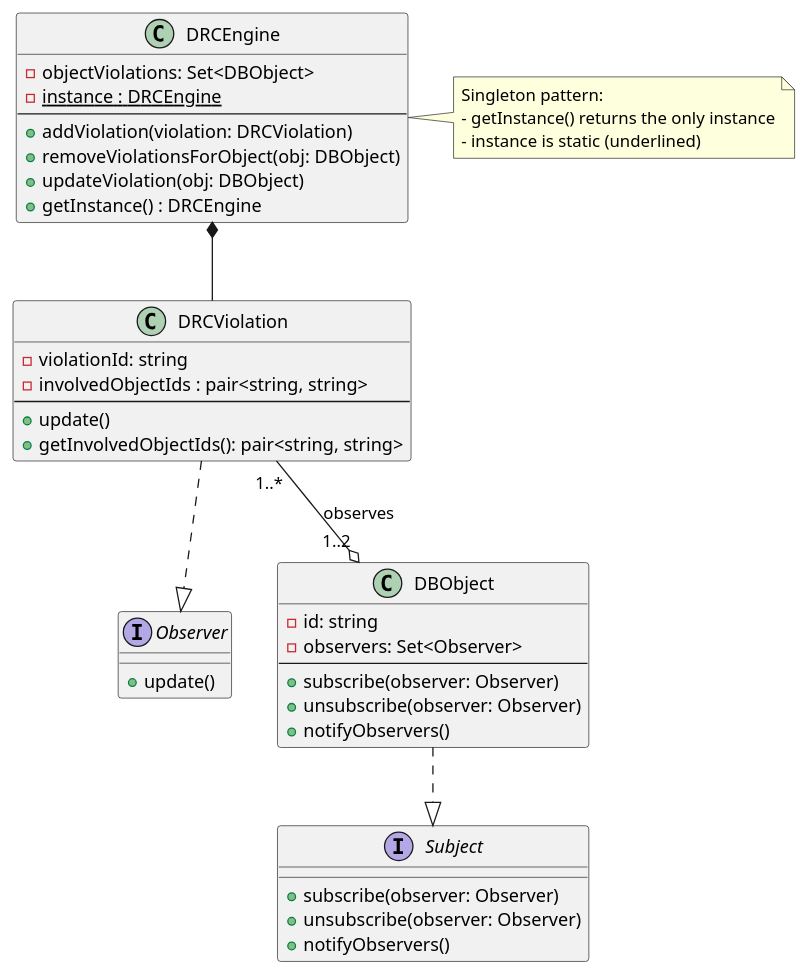
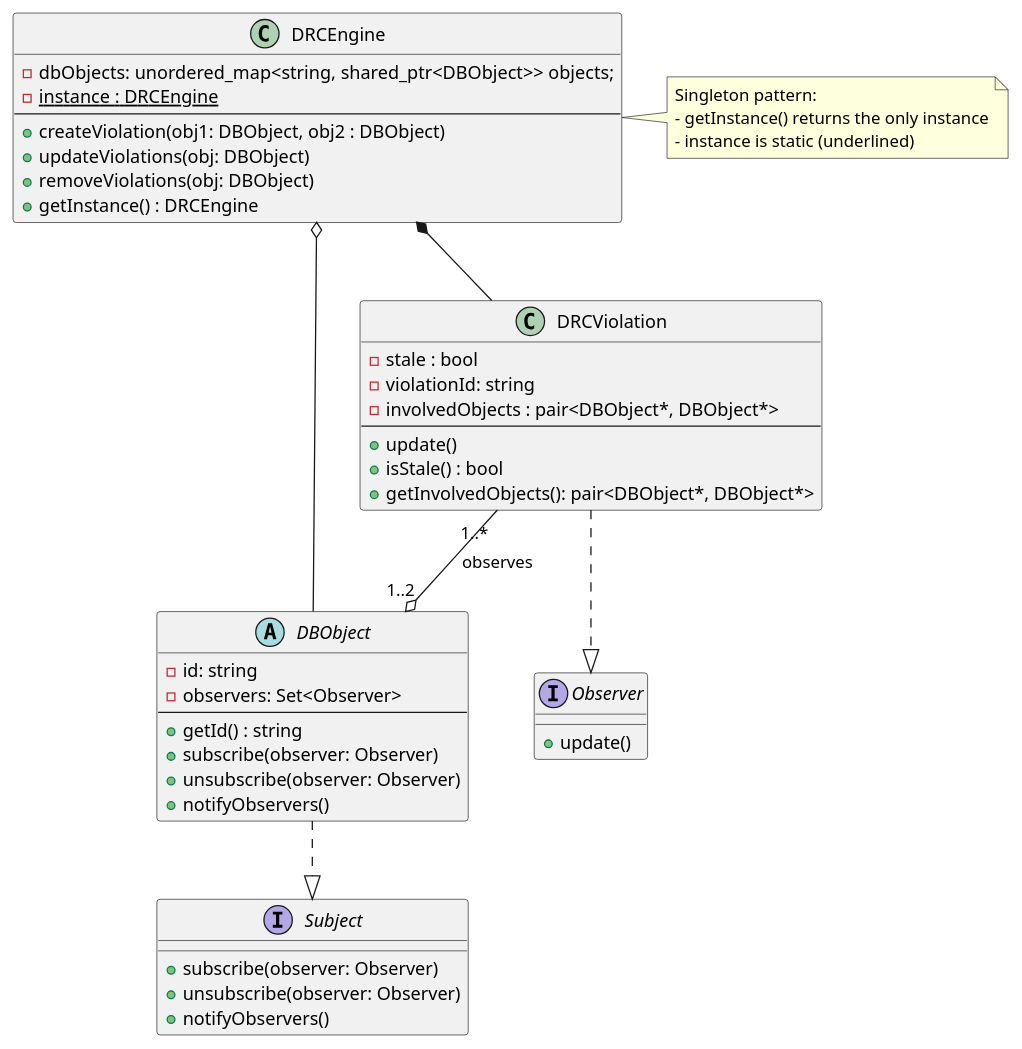
One commit to detective-sokka/DRCViolationSystem changed the diagram in design/design.plantuml. Above: the diagram before and after it, drawn with PlantUML. The commit also changed 1 other file, not shown here.

Commit message:
Update DBObject design to ensure separation of concerns.
* DRCViolation now tracks staleness instead of deletion for efficiency.

```diff
--- a/design/design.plantuml
+++ b/design/design.plantuml
@@ -1,52 +1,57 @@
 @startuml
 ' Interfaces
 interface Observer {
     +update()
 }
 
 interface Subject {
     +subscribe(observer: Observer)
     +unsubscribe(observer: Observer)
     +notifyObservers()
 }
 
 ' Core domain classes
-class DBObject {
+abstract DBObject {
     -id: string    
     -observers: Set<Observer>   
     --
+    +getId() : string
     +subscribe(observer: Observer)
     +unsubscribe(observer: Observer)
     +notifyObservers()
 }
 
 class DRCViolation {    
+    -stale : bool
     -violationId: string
-    -involvedObjectIds : pair<string, string>
+    -involvedObjects : pair<DBObject*, DBObject*>
     --
     +update()
-    +getInvolvedObjectIds(): pair<string, string>
+    +isStale() : bool
+    +getInvolvedObjects(): pair<DBObject*, DBObject*>    
 }
 
 class DRCEngine {
-    -objectViolations: Set<DBObject>
+    -dbObjects: unordered_map<string, shared_ptr<DBObject>> objects;
     -<u>instance : DRCEngine</u>
     --
-    +addViolation(violation: DRCViolation)
-    +removeViolationsForObject(obj: DBObject)
-    +updateViolation(obj: DBObject)
+    +createViolation(obj1: DBObject, obj2 : DBObject)
+    +updateViolations(obj: DBObject)
+    +removeViolations(obj: DBObject)
     +getInstance() : DRCEngine    
 }
 
 DBObject ..|> Subject
 DRCViolation ..|> Observer
 DRCViolation "1..*" --o "1..2" DBObject : observes
 
 ' Composition and Singleton
 DRCEngine *-- DRCViolation
+DRCEngine o-- DBObject
+
 note right of DRCEngine
   Singleton pattern:
   - getInstance() returns the only instance
   - instance is static (underlined)
 end note
 @enduml
```
